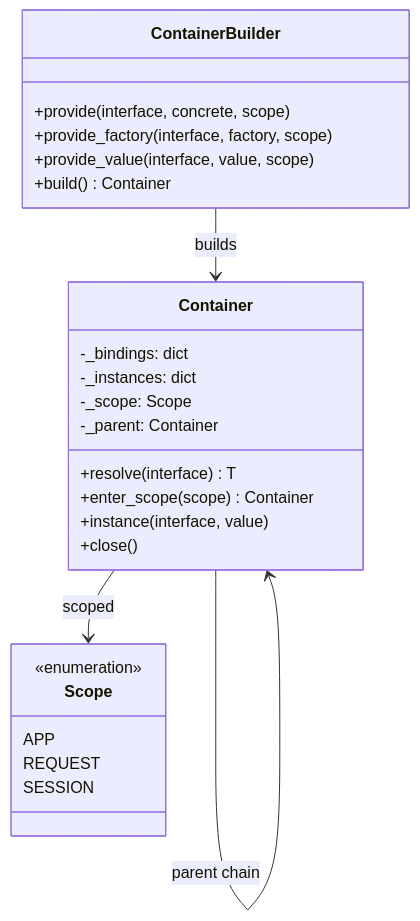
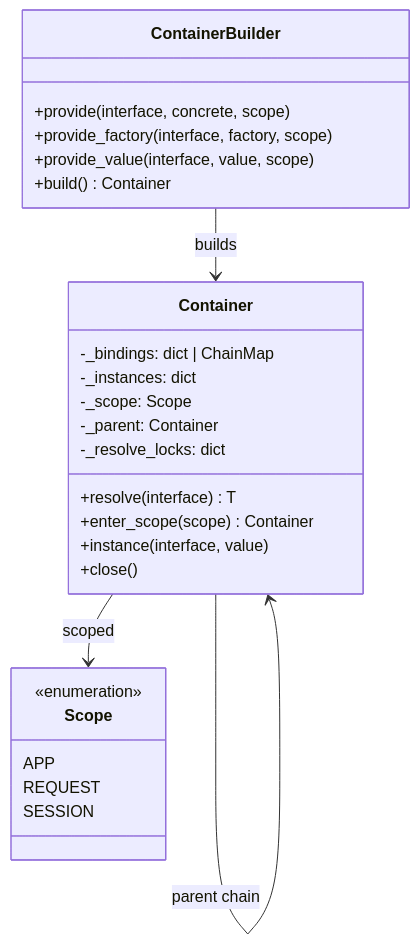
The fifth of 8 diagrams in docs/site/en/docs/guides/architecture-overview.md (mohamed-rekiba/arvel), drawn with Mermaid before and after one commit. The commit also changed other lines of this file and 25 other files, not shown here.

````diff
--- a/docs/site/en/docs/guides/architecture-overview.md
+++ b/docs/site/en/docs/guides/architecture-overview.md
@@ -162,31 +162,32 @@
 ```mermaid
 classDiagram
     class ContainerBuilder {
         +provide(interface, concrete, scope)
         +provide_factory(interface, factory, scope)
         +provide_value(interface, value, scope)
         +build() Container
     }
 
     class Container {
-        -_bindings: dict
+        -_bindings: dict | ChainMap
         -_instances: dict
         -_scope: Scope
         -_parent: Container
+        -_resolve_locks: dict
         +resolve(interface) T
         +enter_scope(scope) Container
         +instance(interface, value)
         +close()
     }
 
     class Scope {
         <<enumeration>>
         APP
         REQUEST
         SESSION
     }
 
     ContainerBuilder --> Container : builds
     Container --> Container : parent chain
     Container --> Scope : scoped
 ```
````
